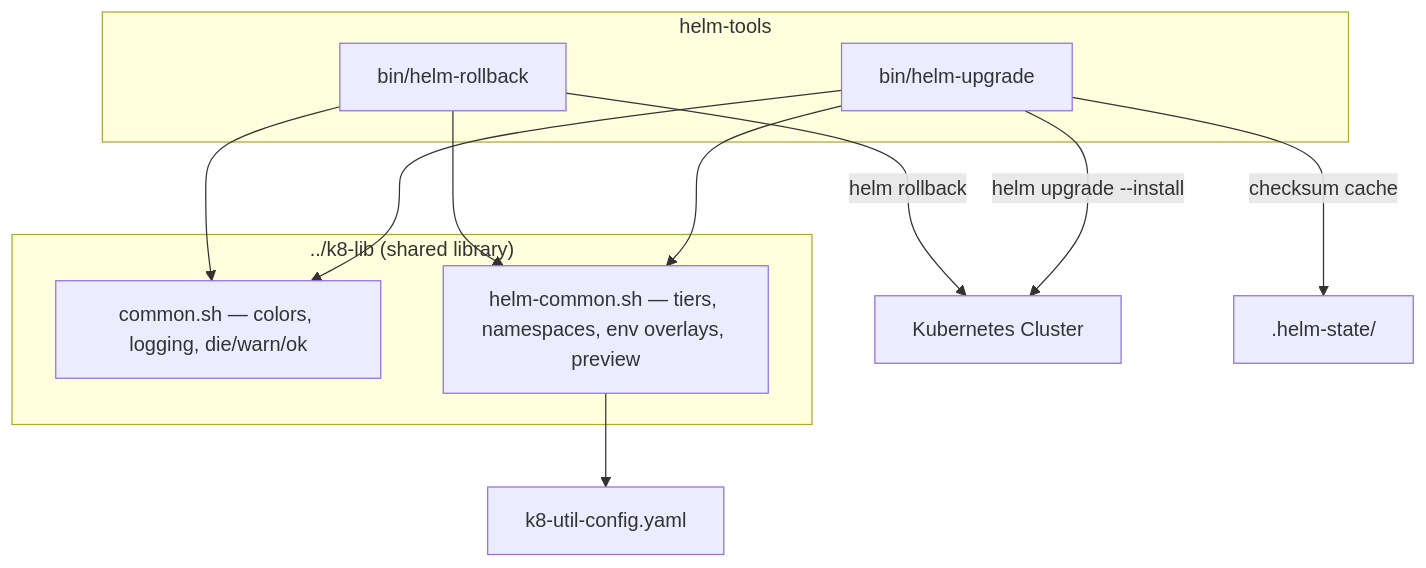
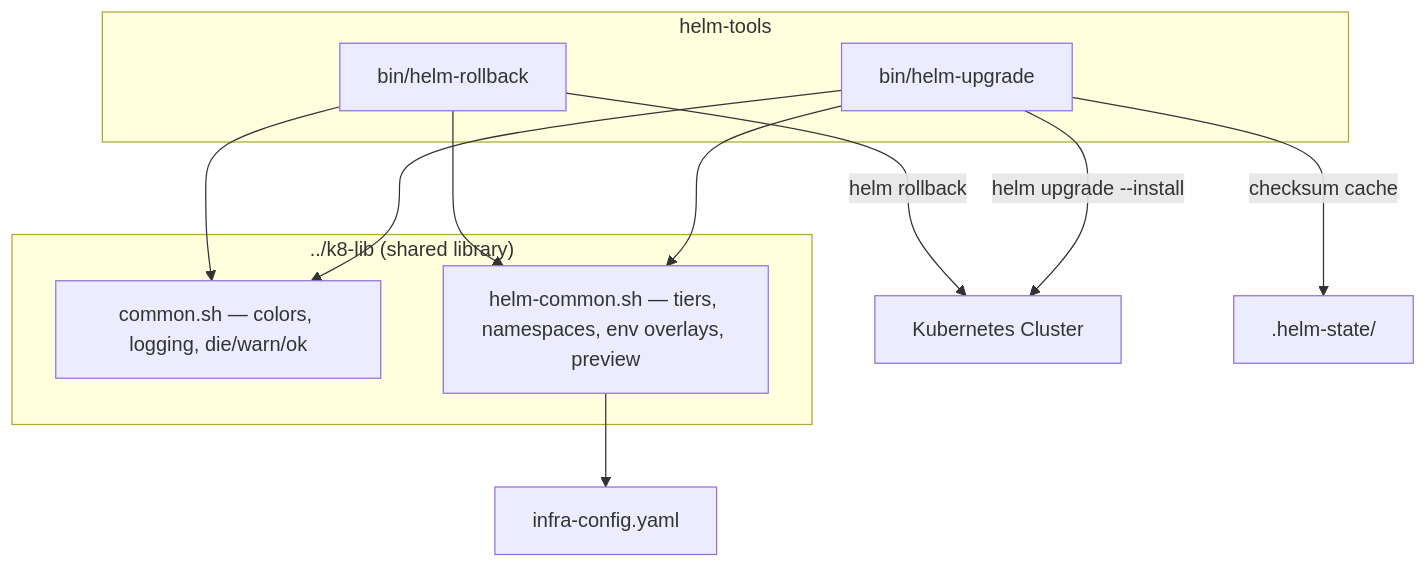
The diagram in docs/PROJ-ARCH.md (the-robot-lives/helm-tools), drawn with Mermaid before and after one commit. The commit also changed 2 other files, not shown here.

````diff
--- a/docs/PROJ-ARCH.md
+++ b/docs/PROJ-ARCH.md
@@ -9,23 +9,23 @@
 ```mermaid
 graph TB
     subgraph helm-tools
         HU[bin/helm-upgrade]
         HR[bin/helm-rollback]
     end
 
     subgraph k8-lib ["../k8-lib (shared library)"]
         COM[common.sh — colors, logging, die/warn/ok]
         HC[helm-common.sh — tiers, namespaces, env overlays, preview]
     end
 
     HU --> COM
     HU --> HC
     HR --> COM
     HR --> HC
 
-    HC --> CFG[k8-util-config.yaml]
+    HC --> CFG[infra-config.yaml]
 
     HU -->|helm upgrade --install| K8[Kubernetes Cluster]
     HR -->|helm rollback| K8
     HU -->|checksum cache| STATE[.helm-state/]
 ```
````
